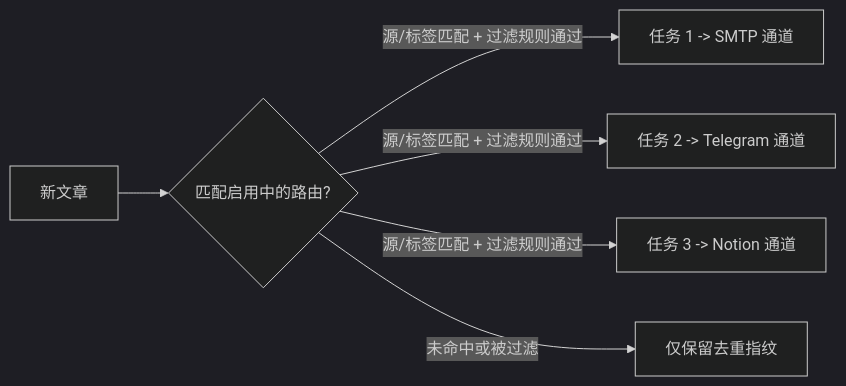
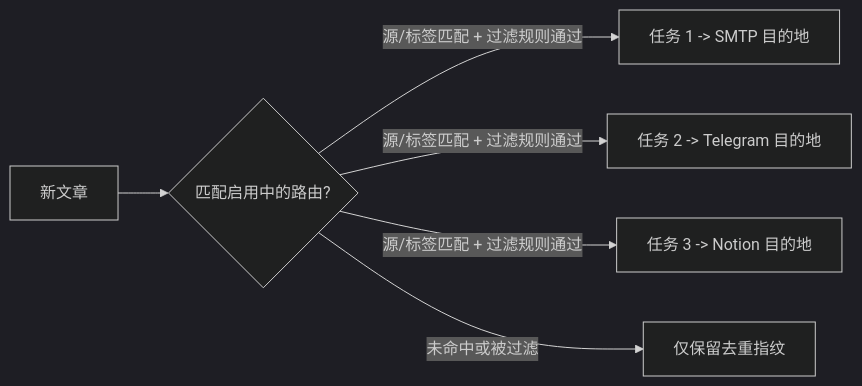
One commit to ElleryHe/FeedCourier changed the diagram in docs/zh/channels/pacing-and-quotas.md. Above: the diagram before and after it, drawn with Mermaid (dark theme). The commit also changed other lines of this file and 79 other files, not shown here.

````diff
--- a/docs/zh/channels/pacing-and-quotas.md
+++ b/docs/zh/channels/pacing-and-quotas.md
@@ -17,8 +22,8 @@
 ```mermaid
 flowchart LR
     Entry["新文章"] --> Eval{"匹配启用中的路由?"}
-    Eval -->|"源/标签匹配 + 过滤规则通过"| T1["任务 1 -> SMTP 通道"]
-    Eval -->|"源/标签匹配 + 过滤规则通过"| T2["任务 2 -> Telegram 通道"]
-    Eval -->|"源/标签匹配 + 过滤规则通过"| T3["任务 3 -> Notion 通道"]
+    Eval -->|"源/标签匹配 + 过滤规则通过"| T1["任务 1 -> SMTP 目的地"]
+    Eval -->|"源/标签匹配 + 过滤规则通过"| T2["任务 2 -> Telegram 目的地"]
+    Eval -->|"源/标签匹配 + 过滤规则通过"| T3["任务 3 -> Notion 目的地"]
     Eval -->|"未命中或被过滤"| Skip["仅保留去重指纹"]
 ```
````
